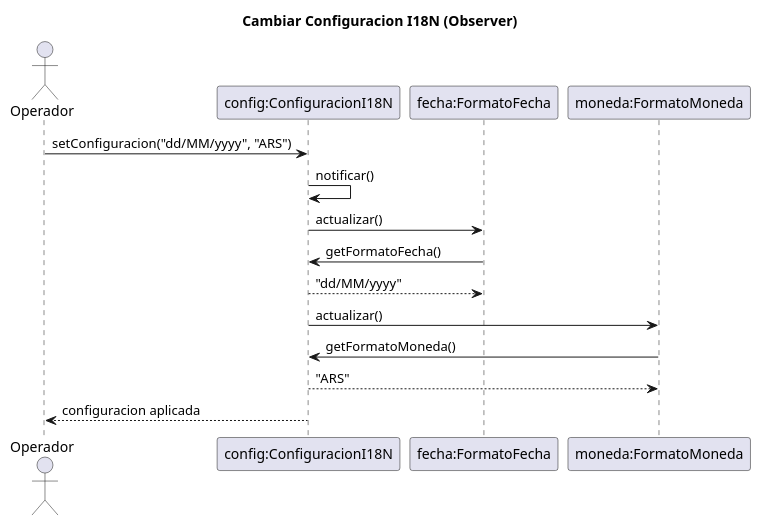
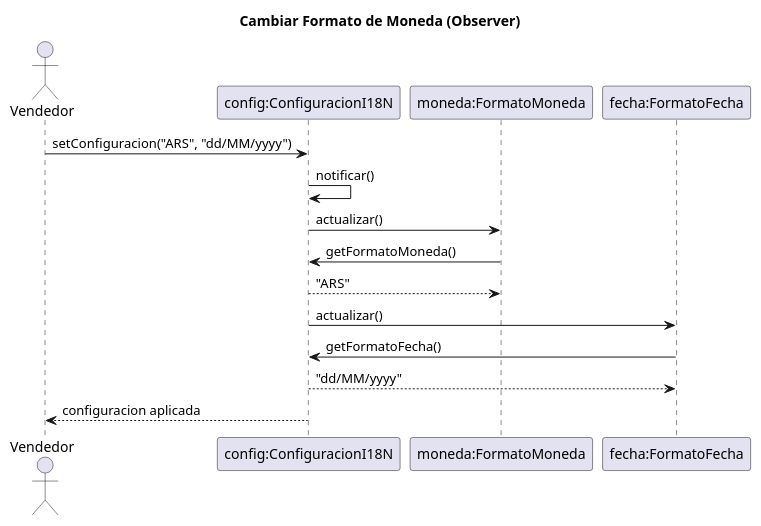
Before and after one commit to santivicente/Items: the diagram in docs/uml/04-seq-configuracion.puml, drawn with PlantUML. The commit also changed 24 other files, not shown here.

Commit message:
feat: pivote a dominio Orden de Venta (Composite+Singleton+Observer+Strategy); diagramas UML, docs y spec/plan nuevos

```diff
--- a/docs/uml/04-seq-configuracion.puml
+++ b/docs/uml/04-seq-configuracion.puml
@@ -1,17 +1,17 @@
-@startuml EcoCarga-Seq-Configuracion
-title Cambiar Configuracion I18N (Observer)
-actor Operador
+@startuml VentaSimple-Seq-Configuracion
+title Cambiar Formato de Moneda (Observer)
+actor Vendedor
 participant "config:ConfiguracionI18N" as Cfg
+participant "moneda:FormatoMoneda" as FM
 participant "fecha:FormatoFecha" as FF
-participant "moneda:FormatoMoneda" as FM
 
-Operador -> Cfg : setConfiguracion("dd/MM/yyyy", "ARS")
+Vendedor -> Cfg : setConfiguracion("ARS", "dd/MM/yyyy")
 Cfg -> Cfg : notificar()
+Cfg -> FM : actualizar()
+FM -> Cfg : getFormatoMoneda()
+Cfg --> FM : "ARS"
 Cfg -> FF : actualizar()
 FF -> Cfg : getFormatoFecha()
 Cfg --> FF : "dd/MM/yyyy"
-Cfg -> FM : actualizar()
-FM -> Cfg : getFormatoMoneda()
-Cfg --> FM : "ARS"
-Cfg --> Operador : configuracion aplicada
+Cfg --> Vendedor : configuracion aplicada
 @enduml
```
